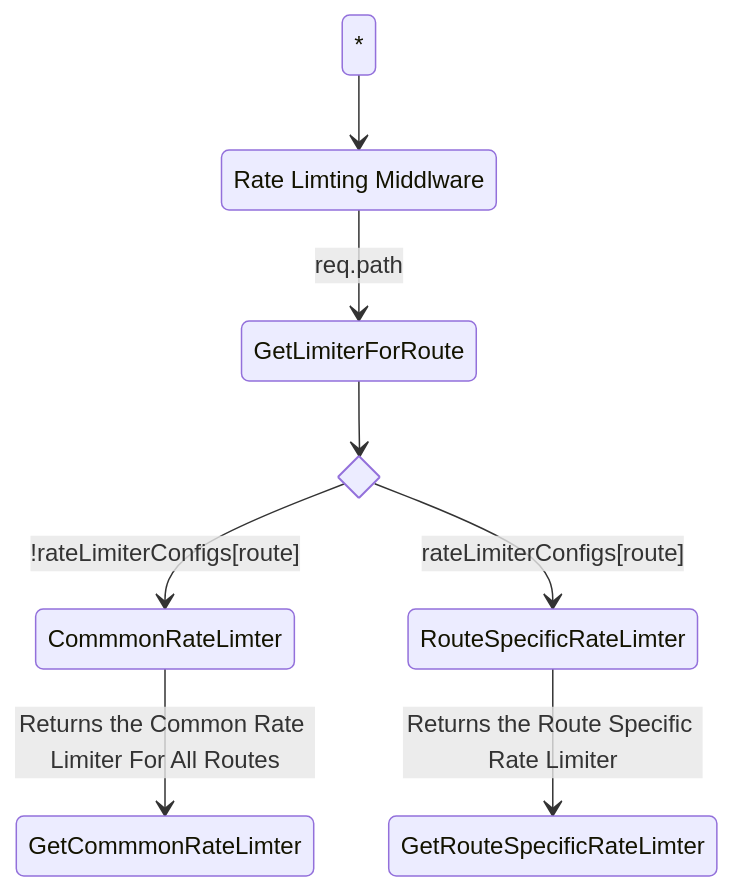
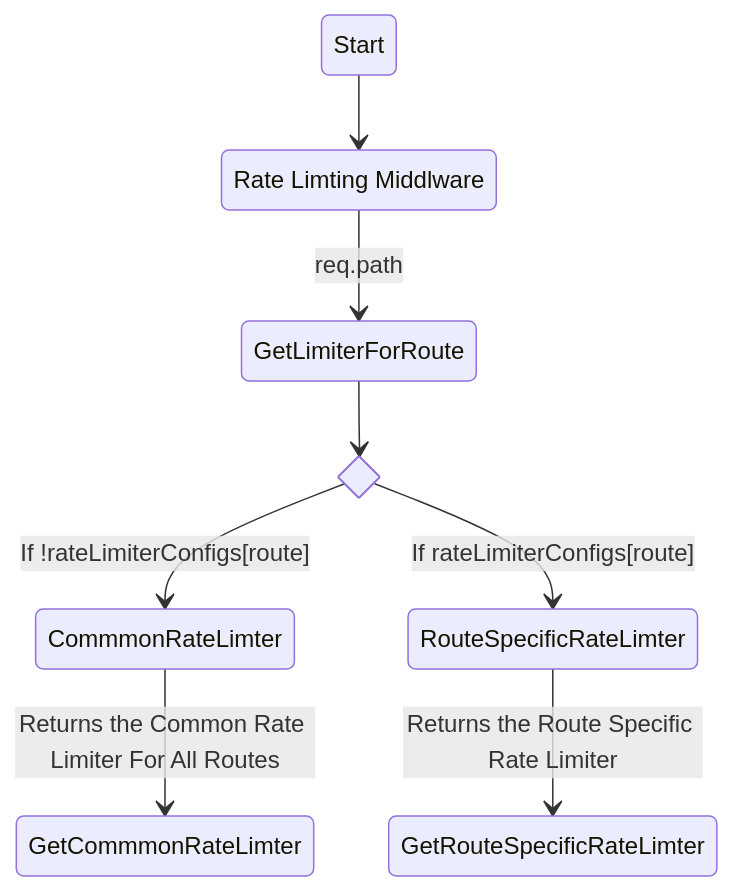
One commit to Real-Dev-Squad/docs changed the second of 4 diagrams in docs/dev/rate-limiting/README.md. Above: the diagram before and after it, drawn with Mermaid. The commit also changed other lines of this file, not shown here.

````diff
--- a/docs/dev/rate-limiting/README.md
+++ b/docs/dev/rate-limiting/README.md
@@ -136,13 +136,13 @@
 ```mermaid
 stateDiagram-v2
 state if_state <<choice>>
-* --> RLM
+Start --> RLM
 RLM: Rate Limting Middlware
 RLM --> GetLimiterForRoute: req.path
 GetLimiterForRoute --> if_state
-if_state --> CommmonRateLimter: !rateLimiterConfigs[route]
-if_state --> RouteSpecificRateLimter: rateLimiterConfigs[route]
+if_state --> CommmonRateLimter: If !rateLimiterConfigs[route]
+if_state --> RouteSpecificRateLimter: If rateLimiterConfigs[route]
 CommmonRateLimter --> GetCommmonRateLimter: Returns the Common Rate Limiter For All Routes
 RouteSpecificRateLimter --> GetRouteSpecificRateLimter: Returns the Route Specific Rate Limiter
 
 ```
````
